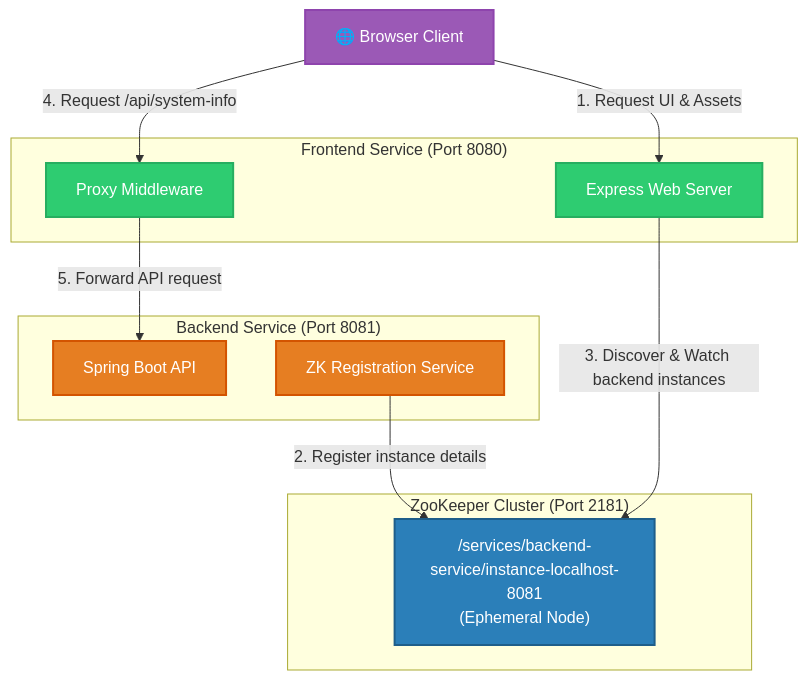
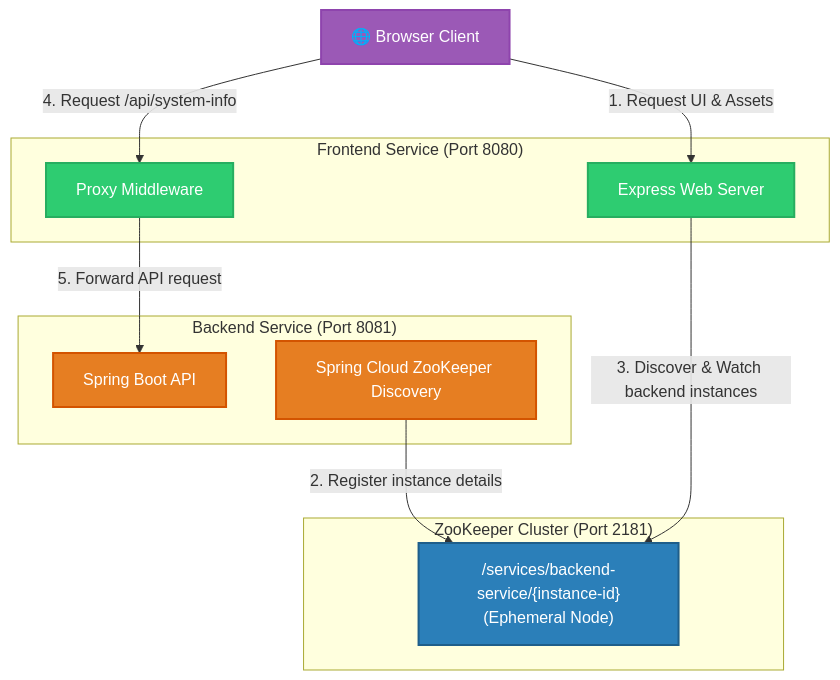
Before and after one commit to eyal77/my-springboot: the first of 2 diagrams in ARCHITECTURE.md, drawn with Mermaid. The commit also changed other lines of this file and 7 other files, not shown here.

Commit message:
Work with Spring Cloud ZooKeeper Discover

````diff
--- a/ARCHITECTURE.md
+++ b/ARCHITECTURE.md
@@ -21,30 +21,30 @@
 ```mermaid
 graph TD
     classDef zookeeper fill:#2b7fb9,stroke:#1e5e8a,stroke-width:2px,color:#fff;
     classDef frontend fill:#2ecc71,stroke:#27ae60,stroke-width:2px,color:#fff;
     classDef backend fill:#e67e22,stroke:#d35400,stroke-width:2px,color:#fff;
     classDef client fill:#9b59b6,stroke:#8e44ad,stroke-width:2px,color:#fff;
 
     Client["🌐 Browser Client"]:::client
     
     subgraph FrontendService ["Frontend Service (Port 8080)"]
         Express["Express Web Server"]:::frontend
         Proxy["Proxy Middleware"]:::frontend
     end
     
     subgraph BackendService ["Backend Service (Port 8081)"]
         SpringBoot["Spring Boot API"]:::backend
-        RegService["ZK Registration Service"]:::backend
+        RegService["Spring Cloud ZooKeeper Discovery"]:::backend
     end
     
     subgraph ZooKeeperRegistry ["ZooKeeper Cluster (Port 2181)"]
-        ZNode["/services/backend-service/instance-localhost-8081<br>(Ephemeral Node)"]:::zookeeper
+        ZNode["/services/backend-service/{instance-id}<br>(Ephemeral Node)"]:::zookeeper
     end
 
     Client -->|1. Request UI & Assets| Express
     Client -->|4. Request /api/system-info| Proxy
     Proxy -->|5. Forward API request| SpringBoot
     
     RegService -->|2. Register instance details| ZNode
     Express -->|3. Discover & Watch backend instances| ZNode
 ```
````
